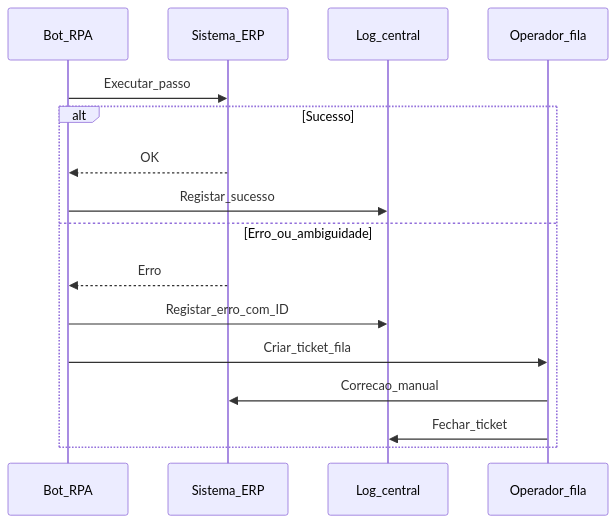
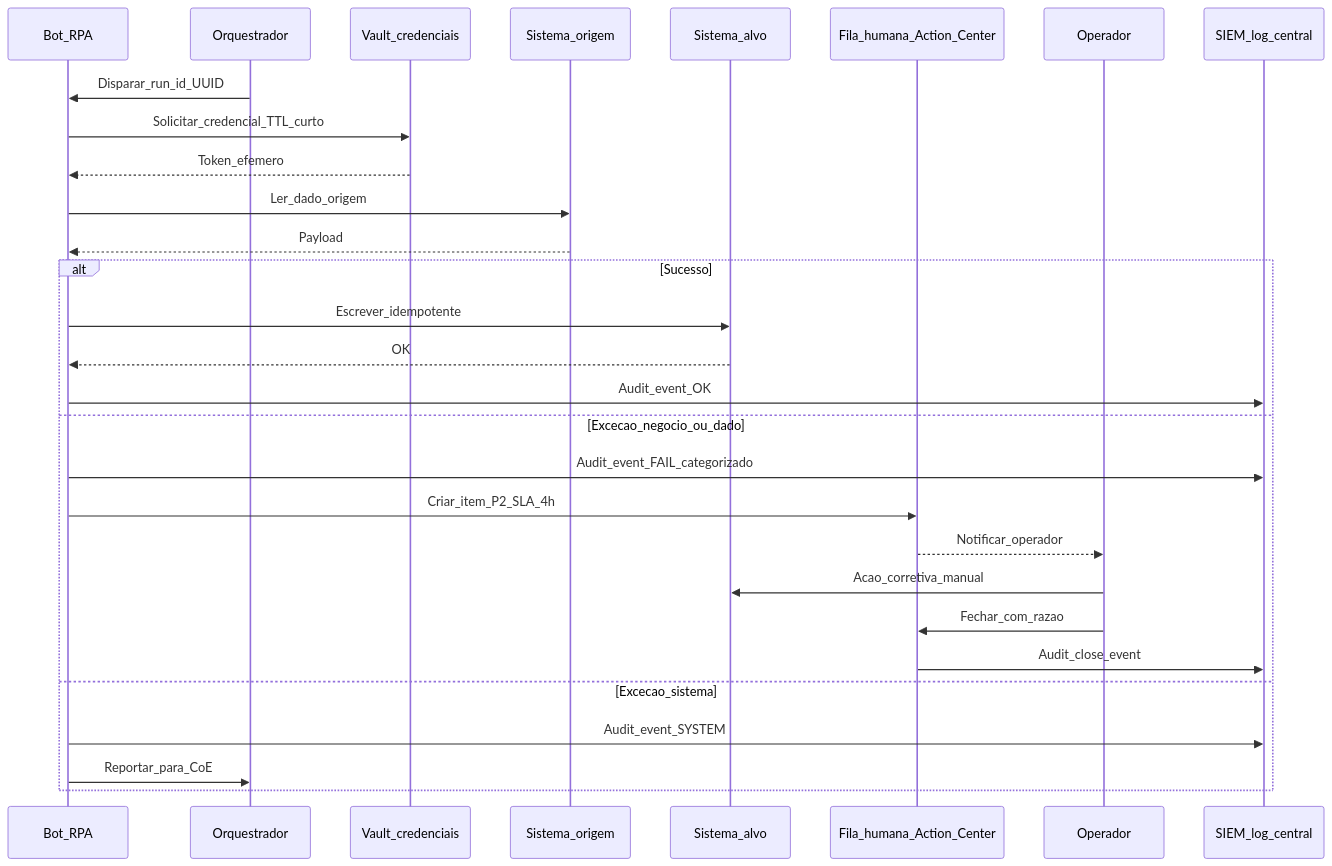
One commit to cleberhensel/logisticon-academy changed the second of 3 diagrams in aulas/trilha-automacao-e-digitalizacao/modulo-01-automacao-processos-logisticos-rpa/aula-02-desenho-excecao-governanca-rpa.md. Above: the diagram before and after it, drawn with Mermaid. The commit also changed other lines of this file and 122 other files, not shown here.

````diff
--- a/aulas/trilha-automacao-e-digitalizacao/modulo-01-automacao-processos-logisticos-rpa/aula-02-desenho-excecao-governanca-rpa.md
+++ b/aulas/trilha-automacao-e-digitalizacao/modulo-01-automacao-processos-logisticos-rpa/aula-02-desenho-excecao-governanca-rpa.md
@@ -44,18 +82,31 @@
 ```mermaid
 sequenceDiagram
   participant B as Bot_RPA
-  participant S as Sistema_ERP
-  participant L as Log_central
-  participant H as Operador_fila
-  B->>S: Executar_passo
+  participant ORC as Orquestrador
+  participant V as Vault_credenciais
+  participant SRC as Sistema_origem
+  participant TGT as Sistema_alvo
+  participant Q as Fila_humana_Action_Center
+  participant H as Operador
+  participant L as SIEM_log_central
+  ORC->>B: Disparar_run_id_UUID
+  B->>V: Solicitar_credencial_TTL_curto
+  V-->>B: Token_efemero
+  B->>SRC: Ler_dado_origem
+  SRC-->>B: Payload
   alt Sucesso
-    S-->>B: OK
-    B->>L: Registar_sucesso
-  else Erro_ou_ambiguidade
-    S-->>B: Erro
-    B->>L: Registar_erro_com_ID
-    B->>H: Criar_ticket_fila
-    H->>S: Correcao_manual
-    H->>L: Fechar_ticket
+    B->>TGT: Escrever_idempotente
+    TGT-->>B: OK
+    B->>L: Audit_event_OK
+  else Excecao_negocio_ou_dado
+    B->>L: Audit_event_FAIL_categorizado
+    B->>Q: Criar_item_P2_SLA_4h
+    Q-->>H: Notificar_operador
+    H->>TGT: Acao_corretiva_manual
+    H->>Q: Fechar_com_razao
+    Q->>L: Audit_close_event
+  else Excecao_sistema
+    B->>L: Audit_event_SYSTEM
+    B->>ORC: Reportar_para_CoE
   end
 ```
````
